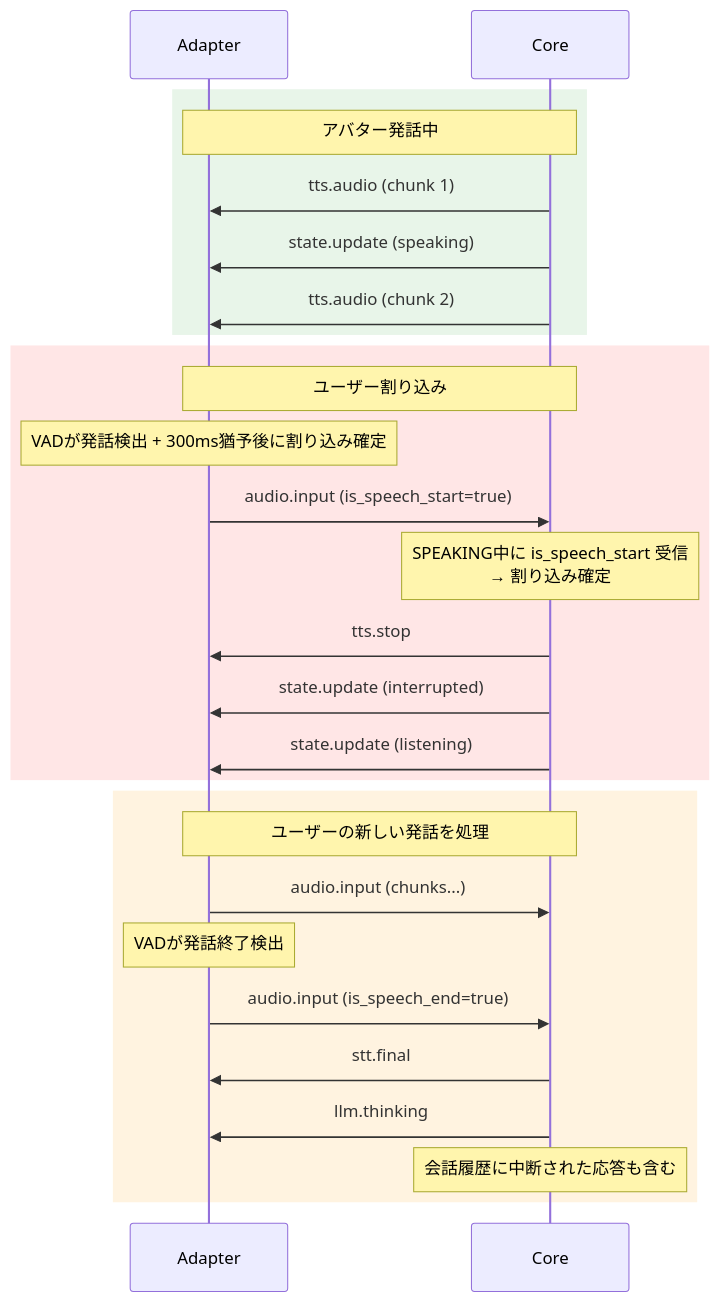
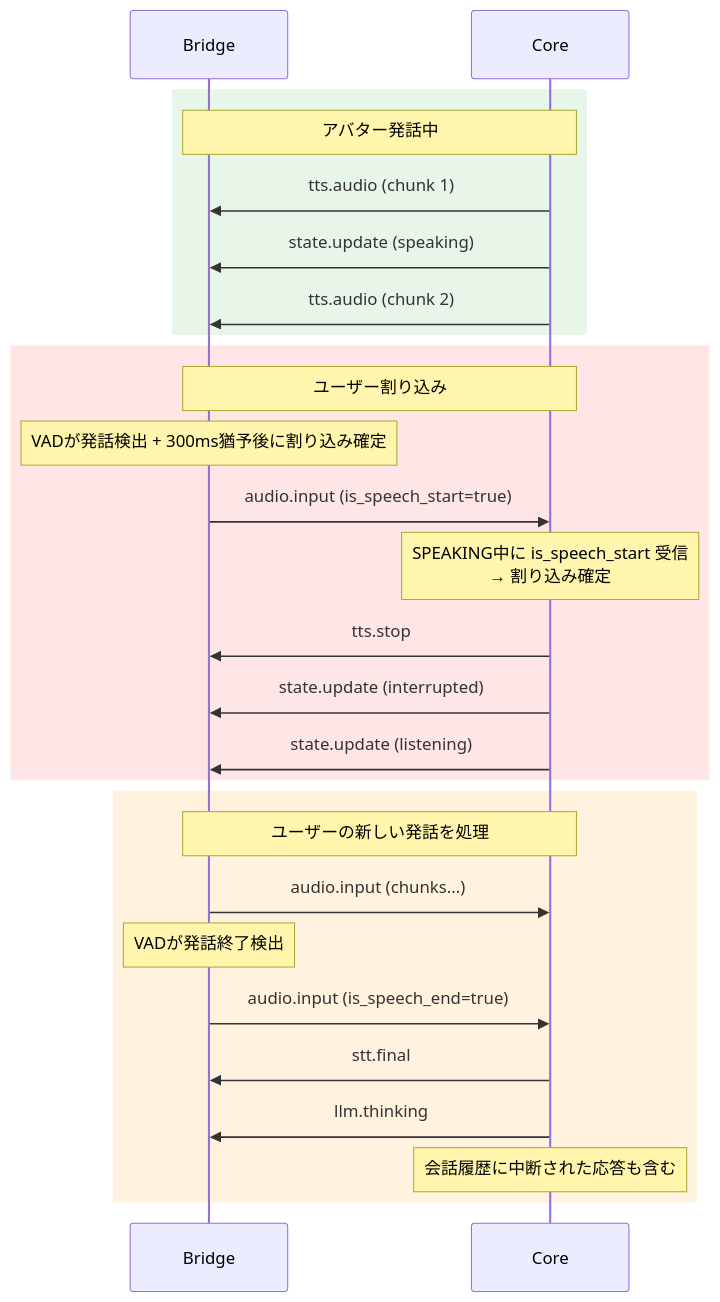
One commit to miumo6329/ai-avatar-framework changed the third of 3 diagrams in docs/protocol.md. Above: the diagram before and after it, drawn with Mermaid. The commit also changed other lines of this file and 11 other files, not shown here.

````diff
--- a/docs/protocol.md
+++ b/docs/protocol.md
@@ -396,32 +396,32 @@
 ```mermaid
 sequenceDiagram
-  participant Adapter
+  participant Bridge
   participant Core
 
   rect rgb(232, 245, 233)
-    Note over Adapter, Core: アバター発話中
-    Core->>Adapter: tts.audio (chunk 1)
-    Core->>Adapter: state.update (speaking)
-    Core->>Adapter: tts.audio (chunk 2)
+    Note over Bridge, Core: アバター発話中
+    Core->>Bridge: tts.audio (chunk 1)
+    Core->>Bridge: state.update (speaking)
+    Core->>Bridge: tts.audio (chunk 2)
   end
 
   rect rgb(255, 230, 230)
-    Note over Adapter, Core: ユーザー割り込み
-    Note over Adapter: VADが発話検出 + 300ms猶予後に割り込み確定
-    Adapter->>Core: audio.input (is_speech_start=true)
+    Note over Bridge, Core: ユーザー割り込み
+    Note over Bridge: VADが発話検出 + 300ms猶予後に割り込み確定
+    Bridge->>Core: audio.input (is_speech_start=true)
     Note over Core: SPEAKING中に is_speech_start 受信 <br/>→ 割り込み確定
-    Core->>Adapter: tts.stop
-    Core->>Adapter: state.update (interrupted)
-    Core->>Adapter: state.update (listening)
+    Core->>Bridge: tts.stop
+    Core->>Bridge: state.update (interrupted)
+    Core->>Bridge: state.update (listening)
   end
 
   rect rgb(255, 243, 224)
-    Note over Adapter, Core: ユーザーの新しい発話を処理
-    Adapter->>Core: audio.input (chunks...)
-    Note over Adapter: VADが発話終了検出
-    Adapter->>Core: audio.input (is_speech_end=true)
-    Core->>Adapter: stt.final
-    Core->>Adapter: llm.thinking
+    Note over Bridge, Core: ユーザーの新しい発話を処理
+    Bridge->>Core: audio.input (chunks...)
+    Note over Bridge: VADが発話終了検出
+    Bridge->>Core: audio.input (is_speech_end=true)
+    Core->>Bridge: stt.final
+    Core->>Bridge: llm.thinking
     Note over Core: 会話履歴に中断された応答も含む
   end
 ```
````
